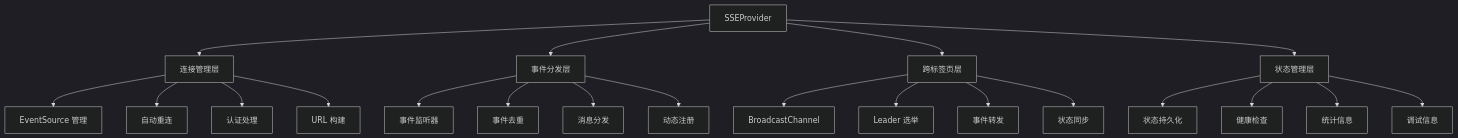
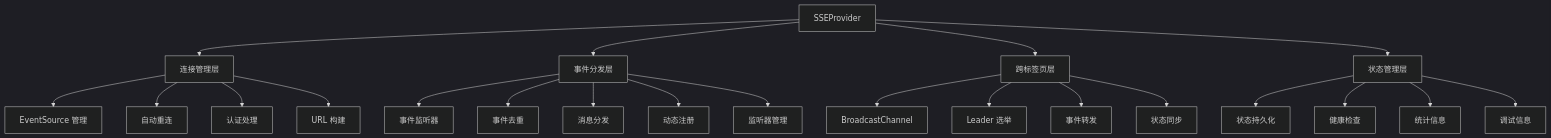
The first of 4 diagrams in apps/frontend/src/contexts/sse/README.md (zhiyue/infinite-scribe), drawn with Mermaid (dark theme) before and after one commit. The commit also changed other lines of this file, not shown here.

````diff
--- a/apps/frontend/src/contexts/sse/README.md
+++ b/apps/frontend/src/contexts/sse/README.md
@@ -27,27 +28,28 @@
 ```mermaid
 graph TD
     A[SSEProvider] --> B[连接管理层]
     A --> C[事件分发层]
     A --> D[跨标签页层]
     A --> E[状态管理层]
     
     B --> B1[EventSource 管理]
     B --> B2[自动重连]
     B --> B3[认证处理]
     B --> B4[URL 构建]
     
     C --> C1[事件监听器]
     C --> C2[事件去重]
     C --> C3[消息分发]
     C --> C4[动态注册]
+    C --> C5[监听器管理]
     
     D --> D1[BroadcastChannel]
     D --> D2[Leader 选举]
     D --> D3[事件转发]
     D --> D4[状态同步]
     
     E --> E1[状态持久化]
     E --> E2[健康检查]
     E --> E3[统计信息]
     E --> E4[调试信息]
 ```
````
